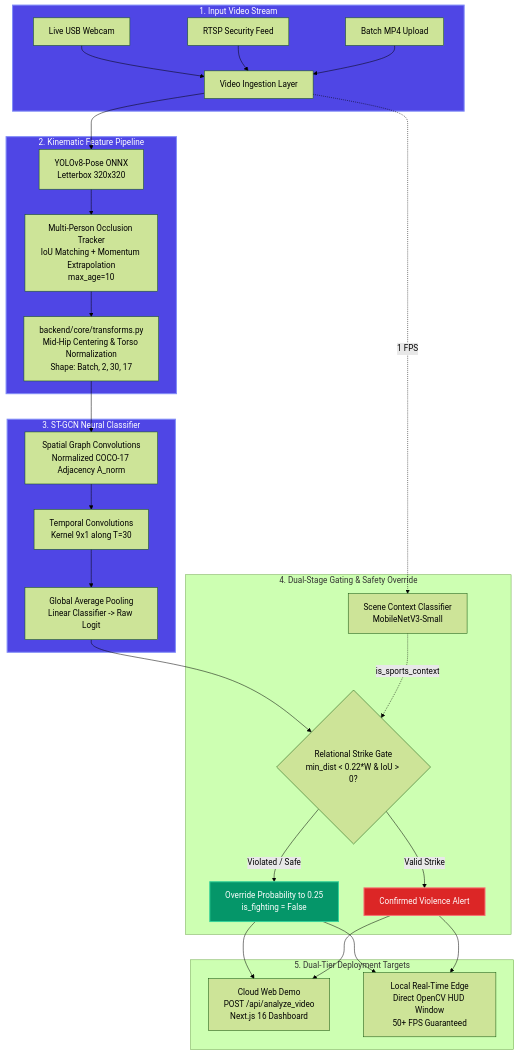
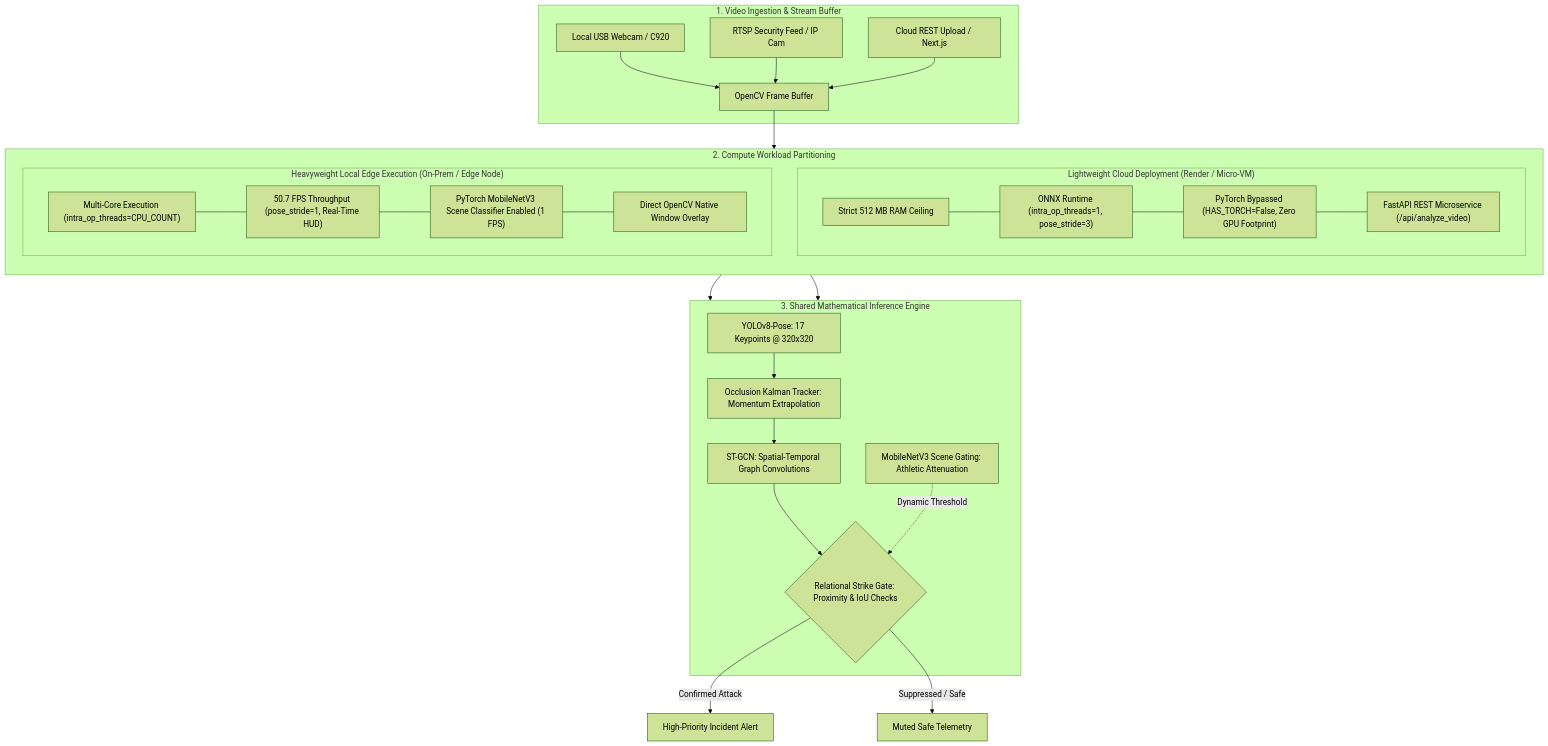
One commit to Parth-Aish/Violence-Detection-Edge changed the diagram in README.md. Above: the diagram before and after it, drawn with Mermaid (forest theme). The commit also changed other lines of this file and 13 other files, not shown here.

````diff
--- a/README.md
+++ b/README.md
@@ -83,40 +35,44 @@
 ```mermaid
 flowchart TD
-    subgraph INGESTION["1. Input Video Stream"]
-        A1[Live USB Webcam] --> INGEST[Video Ingestion Layer]
-        A2[RTSP Security Feed] --> INGEST
-        A3[Batch MP4 Upload] --> INGEST
+    subgraph INGESTION["1. Video Ingestion & Stream Buffer"]
+        A1[Local USB Webcam / C920] --> INGEST[OpenCV Frame Buffer]
+        A2[RTSP Security Feed / IP Cam] --> INGEST
+        A3[Cloud REST Upload / Next.js] --> INGEST
     end
 
-    subgraph CORE_VISION["2. Kinematic Feature Pipeline"]
-        INGEST --> B1[YOLOv8-Pose ONNX\nLetterbox 320x320]
-        B1 --> B2[Multi-Person Occlusion Tracker\nIoU Matching + Momentum Extrapolation\nmax_age=10]
-        B2 --> B3[backend/core/transforms.py\nMid-Hip Centering & Torso Normalization\nShape: Batch, 2, 30, 17]
+    subgraph PARTITIONING["2. Compute Workload Partitioning"]
+        direction TB
+        subgraph CLOUD_TIER["Lightweight Cloud Deployment (Render / Micro-VM)"]
+            C_RAM["Strict 512 MB RAM Ceiling"]
+            C_ONNX["ONNX Runtime (intra_op_threads=1, pose_stride=3)"]
+            C_NO_TORCH["PyTorch Bypassed (HAS_TORCH=False, Zero GPU Footprint)"]
+            C_API["FastAPI REST Microservice (/api/analyze_video)"]
+            C_RAM --- C_ONNX --- C_NO_TORCH --- C_API
+        end
+
+        subgraph EDGE_TIER["Heavyweight Local Edge Execution (On-Prem / Edge Node)"]
+            E_THREADS["Multi-Core Execution (intra_op_threads=CPU_COUNT)"]
+            E_SPEED["50.7 FPS Throughput (pose_stride=1, Real-Time HUD)"]
+            E_SCENE["PyTorch MobileNetV3 Scene Classifier Enabled (1 FPS)"]
+            E_LOCAL["Direct OpenCV Native Window Overlay"]
+            E_THREADS --- E_SPEED --- E_SCENE --- E_LOCAL
+        end
     end
 
-    subgraph BRAIN["3. ST-GCN Neural Classifier"]
-        B3 --> C1[Spatial Graph Convolutions\nNormalized COCO-17 Adjacency A_norm]
-        C1 --> C2[Temporal Convolutions\nKernel 9x1 along T=30]
-        C2 --> C3[Global Average Pooling\nLinear Classifier -> Raw Logit]
+    subgraph PIPELINE["3. Shared Mathematical Inference Engine"]
+        YOLO[YOLOv8-Pose: 17 Keypoints @ 320x320]
+        TRACK[Occlusion Kalman Tracker: Momentum Extrapolation]
+        STGCN[ST-GCN: Spatial-Temporal Graph Convolutions]
+        GATE{Relational Strike Gate: Proximity & IoU Checks}
+        SCENE[MobileNetV3 Scene Gating: Athletic Attenuation]
     end
 
-    subgraph GATING["4. Dual-Stage Gating & Safety Override"]
-        C3 --> D1{Relational Strike Gate\nmin_dist < 0.22*W & IoU > 0?}
-        INGEST -.->|1 FPS| D2[Scene Context Classifier\nMobileNetV3-Small]
-        D2 -.->|is_sports_context| D1
-        D1 -- "Violated / Safe" --> D3[Override Probability to 0.25\nis_fighting = False]
-        D1 -- "Valid Strike" --> D4[Confirmed Violence Alert]
-    end
+    INGEST --> PARTITIONING
+    CLOUD_TIER --> PIPELINE
+    EDGE_TIER --> PIPELINE
+    YOLO --> TRACK --> STGCN --> GATE
+    SCENE -.->|Dynamic Threshold| GATE
 
-    subgraph DEPLOYMENT["5. Dual-Tier Deployment Targets"]
-        D3 & D4 --> E1[Cloud Web Demo\nPOST /api/analyze_video\nNext.js 16 Dashboard]
-        D3 & D4 --> E2[Local Real-Time Edge\nDirect OpenCV HUD Window\n50+ FPS Guaranteed]
-    end
-
-    classDef primary fill:#4f46e5,stroke:#818cf8,stroke-width:2px,color:#ffffff;
-    classDef success fill:#059669,stroke:#34d399,stroke-width:2px,color:#ffffff;
-    classDef alert fill:#dc2626,stroke:#f87171,stroke-width:2px,color:#ffffff;
-    class INGESTION,CORE_VISION,BRAIN primary;
-    class D3 success;
-    class D4 alert;
+    GATE -->|Confirmed Attack| ALERT[High-Priority Incident Alert]
+    GATE -->|Suppressed / Safe| SAFE[Muted Safe Telemetry]
 ```
````
